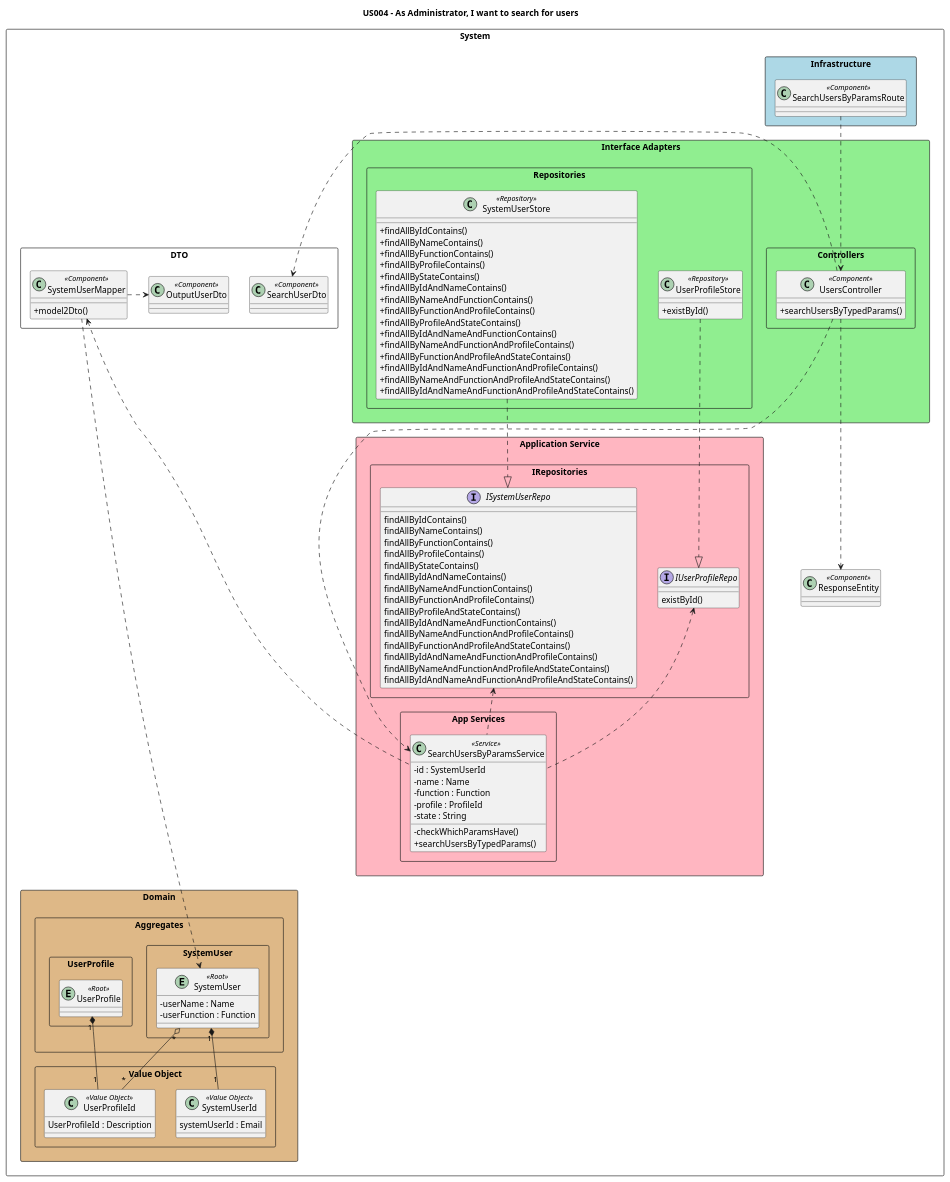
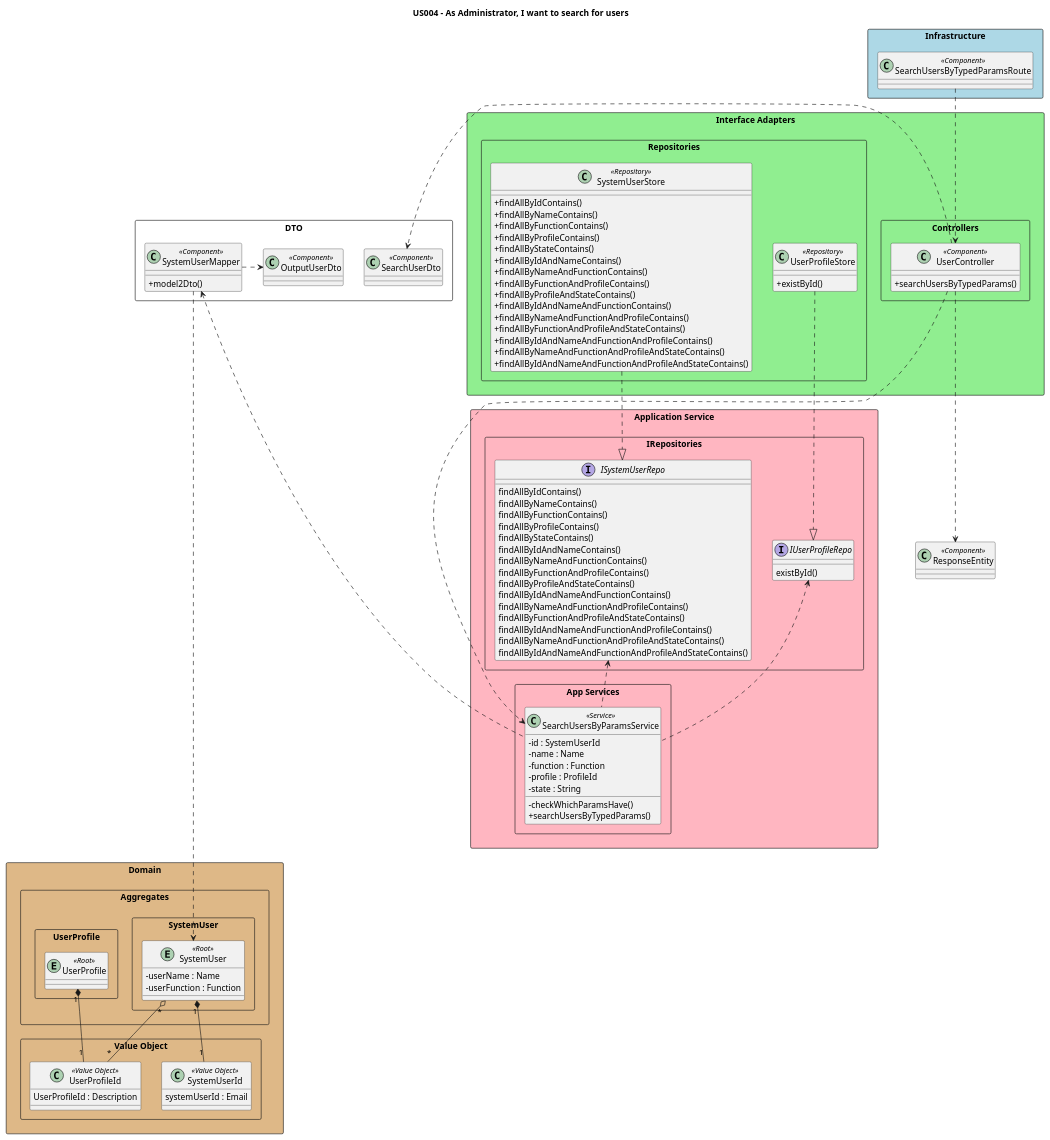
Before and after one commit to nunogon1211787/projectManagement: the diagram in docs/Sprint1/US004/US004-CD.puml, drawn with PlantUML. The commit also changed 23 other files, not shown here.

```diff
--- a/docs/Sprint1/US004/US004-CD.puml
+++ b/docs/Sprint1/US004/US004-CD.puml
@@ -1,128 +1,128 @@
 @startuml
 'https://plantuml.com/class-diagram
 
 title US004 - As Administrator, I want to search for users
 
 skinparam classAttributeIconSize 0
 
-package "System" <<Rectangle>> {
+
 
 package "Infrastructure" <<Rectangle>> #lightblue  {
-class "SearchUsersByParamsRoute" as route << Component >>
+class "SearchUsersByTypedParamsRoute" as route << Component >>
 }
 
 package "Interface Adapters" <<Rectangle>> #lightgreen {
 package "Controllers" <<rectangle>>{
-class "UsersController" as ctrl << Component >> {
+class "UserController" as ctrl << Component >> {
 +searchUsersByTypedParams()
 }
 }
 
 package "Repositories" <<rectangle>>{
 class "SystemUserStore" as store << Repository >> {
 +findAllByIdContains()
 +findAllByNameContains()
 +findAllByFunctionContains()
 +findAllByProfileContains()
 +findAllByStateContains()
 +findAllByIdAndNameContains()
 +findAllByNameAndFunctionContains()
 +findAllByFunctionAndProfileContains()
 +findAllByProfileAndStateContains()
 +findAllByIdAndNameAndFunctionContains()
 +findAllByNameAndFunctionAndProfileContains()
 +findAllByFunctionAndProfileAndStateContains()
 +findAllByIdAndNameAndFunctionAndProfileContains()
 +findAllByNameAndFunctionAndProfileAndStateContains()
 +findAllByIdAndNameAndFunctionAndProfileAndStateContains()
 }
 class "UserProfileStore" as uPStore << Repository >> {
 +existById()
 }
 }
 }
 
 package "Application Service" <<Rectangle>> #lightpink{
 package "App Services" <<rectangle>>{
 class "SearchUsersByParamsService" as srv << Service >> {
 -id : SystemUserId
 -name : Name
 -function : Function
 -profile : ProfileId
 -state : String
 -checkWhichParamsHave()
 +searchUsersByTypedParams()
 }
 }
 package "IRepositories" <<rectangle>>{
 interface "ISystemUserRepo" as repo{
 findAllByIdContains()
 findAllByNameContains()
 findAllByFunctionContains()
 findAllByProfileContains()
 findAllByStateContains()
 findAllByIdAndNameContains()
 findAllByNameAndFunctionContains()
 findAllByFunctionAndProfileContains()
 findAllByProfileAndStateContains()
 findAllByIdAndNameAndFunctionContains()
 findAllByNameAndFunctionAndProfileContains()
 findAllByFunctionAndProfileAndStateContains()
 findAllByIdAndNameAndFunctionAndProfileContains()
 findAllByNameAndFunctionAndProfileAndStateContains()
 findAllByIdAndNameAndFunctionAndProfileAndStateContains()
 }
 interface "IUserProfileRepo" as uPRepo{
 existById()
 }
 }
 }
 
 package "Domain" <<Rectangle>> #burlywood{
 package "Aggregates" <<rectangle>>{
 package "SystemUser" <<Rectangle>>{
 entity "SystemUser" as user << Root >> {
 -userName : Name
 -userFunction : Function
 }
 }
 package "UserProfile" <<Rectangle>>{
 entity "UserProfile" as profile << Root >>
 }
 }
 package "Value Object" <<rectangle>>{
 class "SystemUserId" as uId << Value Object >> {
 systemUserId : Email
 }
 class "UserProfileId" as uPId << Value Object >> {
 UserProfileId : Description
 }
 }
 }
 
 package "DTO" <<rectangle>>{
 class "SystemUserMapper" as map <<Component>> {
 + model2Dto()
 }
 class "SearchUserDto" as dataDto <<Component>>
 class "OutputUserDto" as dto <<Component>>
 }
 class "ResponseEntity" as json <<Component>>
-}
+
 
 route .d.> ctrl
 ctrl .d..> srv
 srv .u.> repo
 srv .u.> uPRepo
 repo <|.u. store
 uPRepo <|.u. uPStore
 user "1"*-d-"1" uId
 user "*" o-d- "*" uPId
 profile "1"*-d-"1" uPId
 ctrl .r.> dataDto
 ctrl ..> json
 srv .u.> map
 map .r.> dto
 map ....> user
 
 @enduml
```
